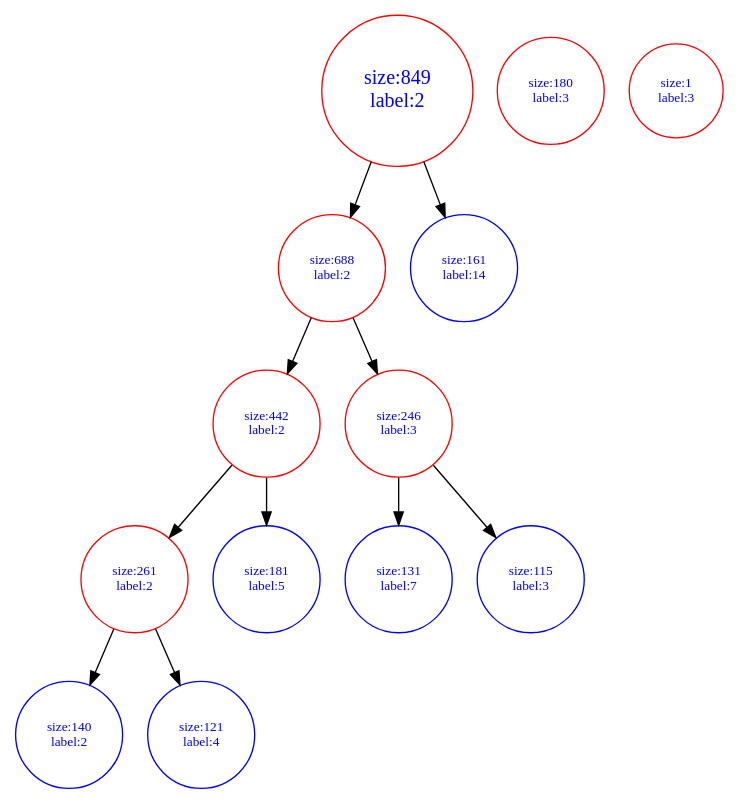
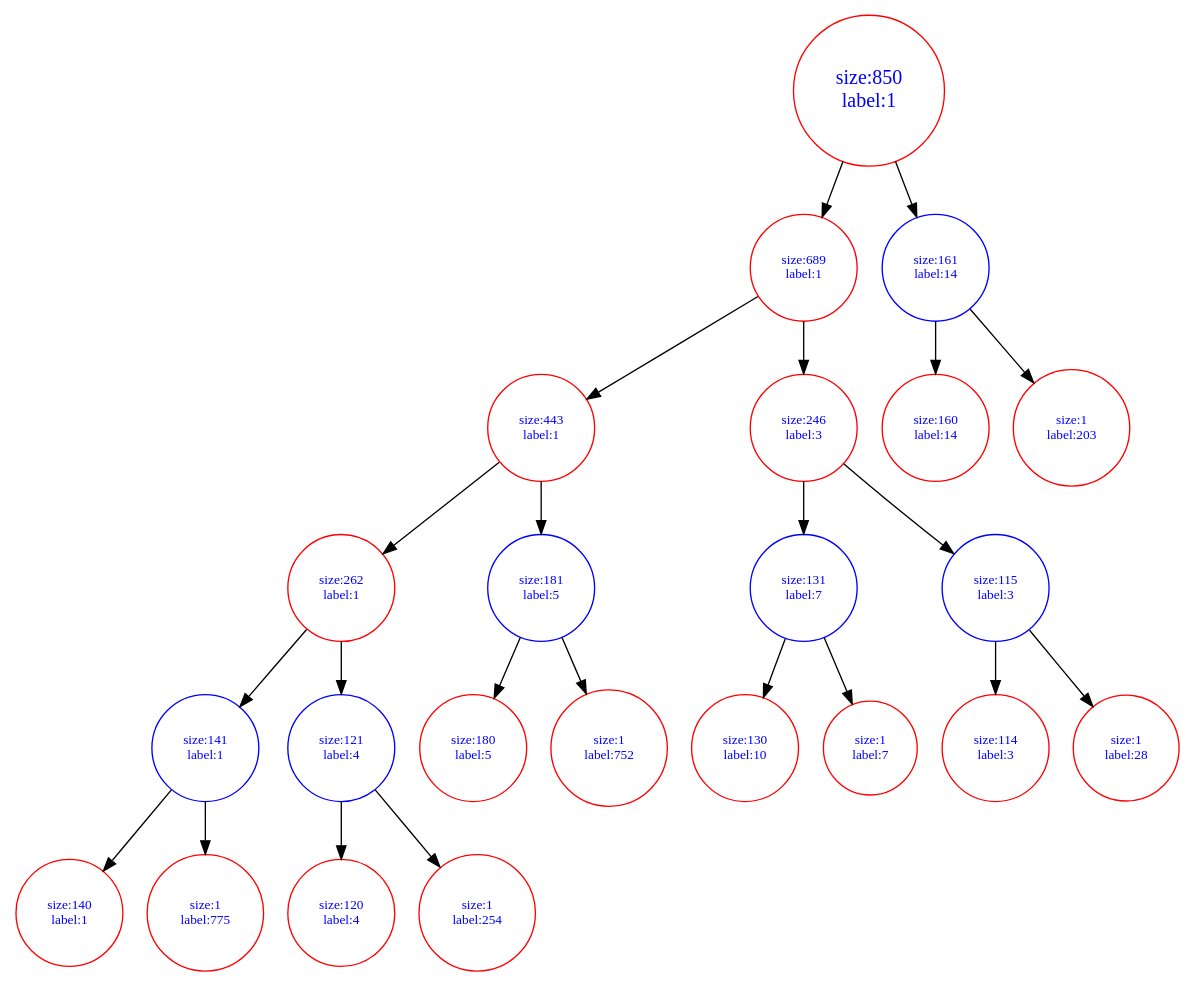
Before and after one commit to Qianjx/CSCI720_HW7: the diagram in result_tree.dot, drawn with Graphviz. The commit also changed 4 other files, not shown here.

```diff
--- a/result_tree.dot
+++ b/result_tree.dot
@@ -1,32 +1,48 @@
 digraph binaryTree{
     node[shape=circle,color=red,fontcolor=blue,fontsize=10];
     849->688;
     688->442;
     688->246;
     246->131;
     246->115;
     442->261;
     442->181;
     261->140;
     261->121;
     849->161;
+    131->1311;
+    131->1310;
+    161->1611;
+    161->1610;
+    115->1151;
+    115->1150;
+    181->1811;
+    181->1810;
+    140->1401;
+    140->1400;
+    121->1211;
+    121->1210;
     131[color=blue,label="size:131\nlabel:7"];
-    131_1[color=red,label="size:130\nlabel:7"]
-    131_0[color=red,label="size:1\nlabel:7"]
+    1311[color=red,label="size:130\nlabel:10"]
+    1310[color=red,label="size:1\nlabel:7"]
     161[color=blue,label="size:161\nlabel:14"];
-    161_1[color=red,label="size:160\nlabel:14"];
-    161_0[color=red,label="size:1\nlabel:14"];
+    1611[color=red,label="size:160\nlabel:14"];
+    1610[color=red,label="size:1\nlabel:203"];
     115[color=blue,label="size:115\nlabel:3"];
-    115_1[color=red,label="size:114\nlabel:3"];
-    115_0[color=red,label="size:1\nlabel:3"];
+    1151[color=red,label="size:114\nlabel:3"];
+    1150[color=red,label="size:1\nlabel:28"];
     181[color=blue,label="size:181\nlabel:5"];
-    181_1[color=red,label="size:180\nlabel:3"];
-    181_0[color=red,label="size:1\nlabel:3"];
-    140[color=blue,label="size:140\nlabel:2"];
+    1811[color=red,label="size:180\nlabel:5"];
+    1810[color=red,label="size:1\nlabel:752"];
+    140[color=blue,label="size:141\nlabel:1"];
+    1401[color=red,label="size:140\nlabel:1"];
+    1400[color=red,label="size:1\nlabel:775"];
     121[color=blue,label="size:121\nlabel:4"];
-    849[color=red,label="size:849\nlabel:2",fontsize=15];
-    688[color=red,label="size:688\nlabel:2",frontsize=10];
-    442[color=red,label="size:442\nlabel:2"];
-    261[color=red,label="size:261\nlabel:2"];
+    1211[color=red,label="size:120\nlabel:4"];
+    1210[color=red,label="size:1\nlabel:254"];
+    849[color=red,label="size:850\nlabel:1",fontsize=15];
+    688[color=red,label="size:689\nlabel:1",frontsize=10];
+    442[color=red,label="size:443\nlabel:1"];
+    261[color=red,label="size:262\nlabel:1"];
     246[color=red,label="size:246\nlabel:3"];
 }
```
